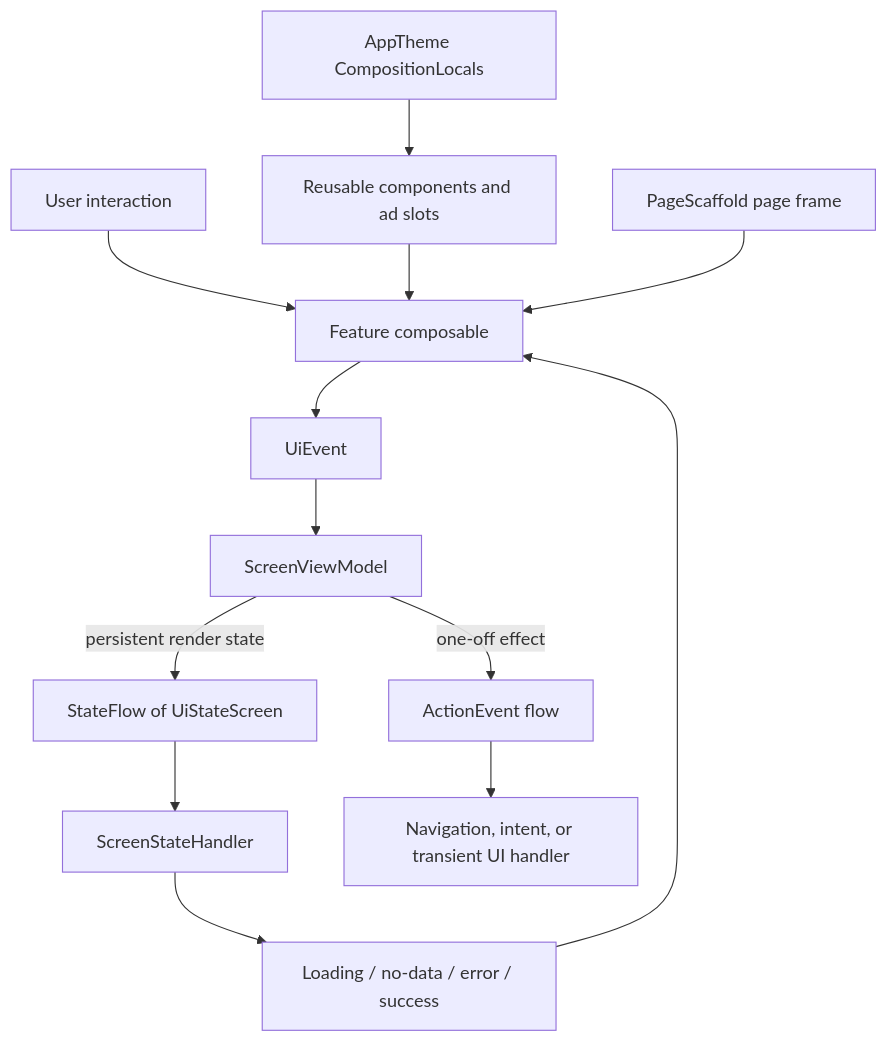
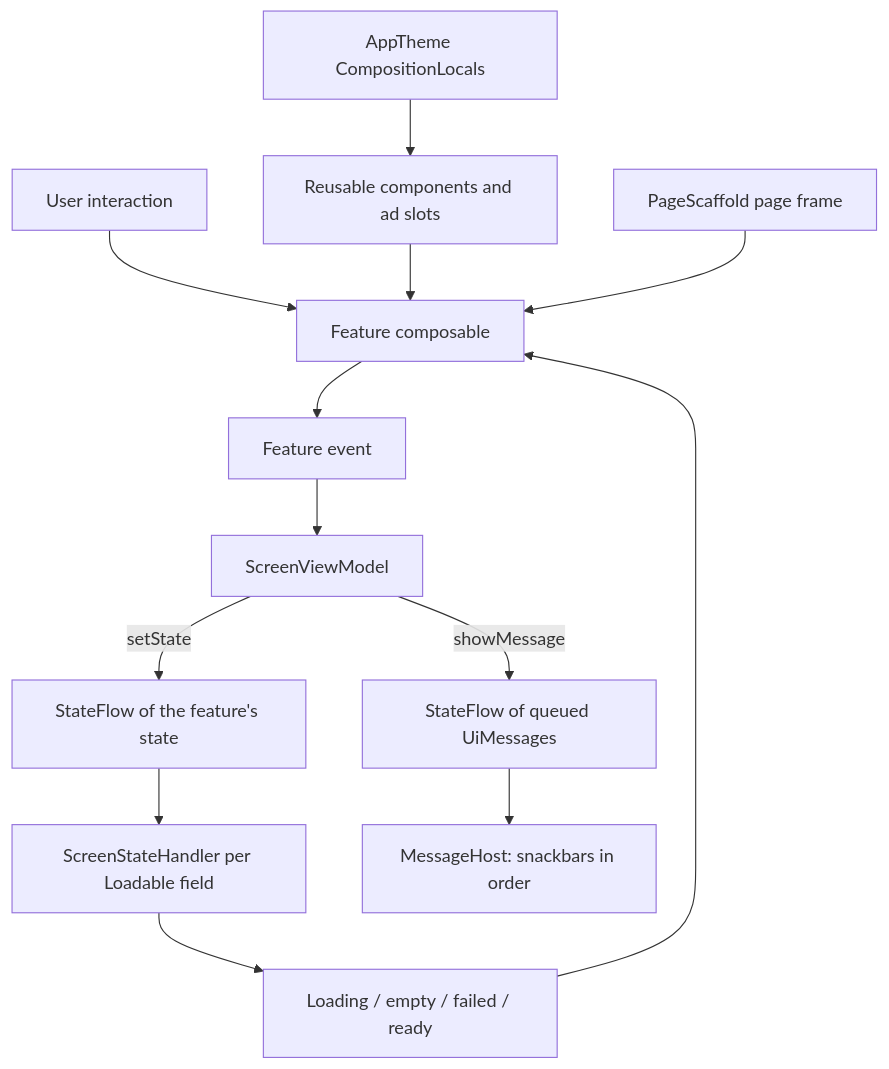
One commit to MihaiCristianCondrea/App-Toolkit-for-Android changed the diagram in library/core/ui/README.md. Above: the diagram before and after it, drawn with Mermaid. The commit also changed other lines of this file and 97 other files, not shown here.

````diff
--- a/library/core/ui/README.md
+++ b/library/core/ui/README.md
@@ -68,15 +72,15 @@
 ```mermaid
 flowchart TD
     User[User interaction] --> Screen[Feature composable]
-    Screen --> Event[UiEvent]
+    Screen --> Event[Feature event]
     Event --> VM[ScreenViewModel]
-    VM -->|persistent render state| State[StateFlow of UiStateScreen]
-    VM -->|one-off effect| Action[ActionEvent flow]
-    State --> Handler[ScreenStateHandler]
-    Handler --> Loading[Loading / no-data / error / success]
+    VM -->|setState| State[StateFlow of the feature's state]
+    VM -->|showMessage| Messages[StateFlow of queued UiMessages]
+    State --> Handler[ScreenStateHandler per Loadable field]
+    Handler --> Loading[Loading / empty / failed / ready]
     Loading --> Screen
-    Action --> Host[Navigation, intent, or transient UI handler]
+    Messages --> Host[MessageHost: snackbars in order]
     Theme[AppTheme CompositionLocals] --> Components[Reusable components and ad slots]
     Components --> Screen
     Frame[PageScaffold page frame] --> Screen
 ```
````
